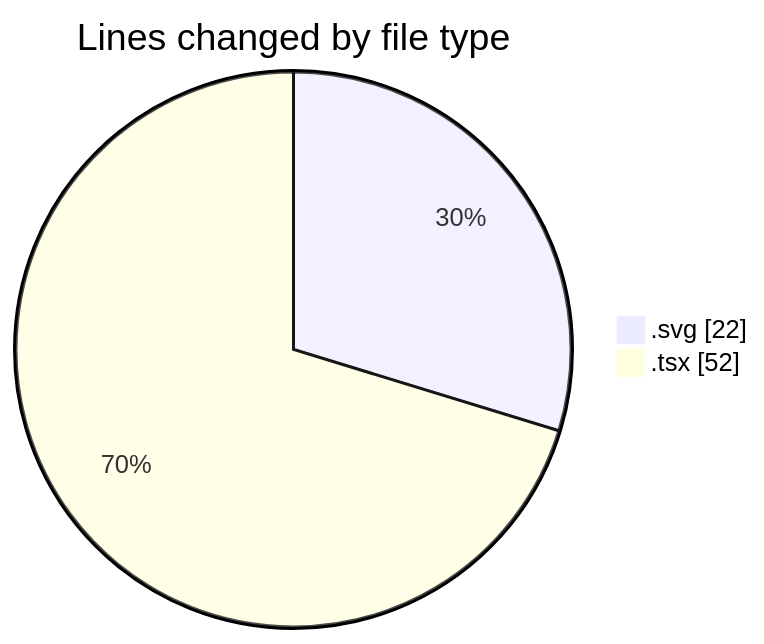
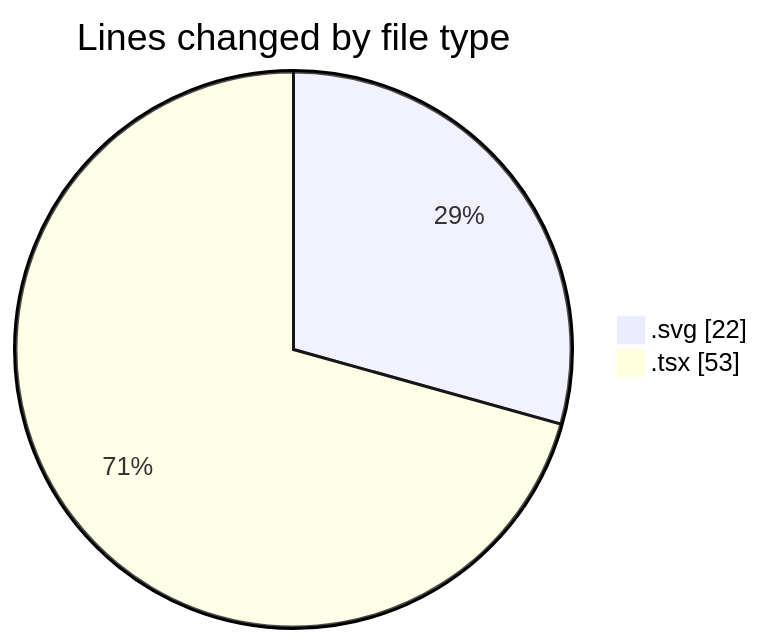
Before and after one commit to EIIisD/code-tracking: the first of 2 diagrams in 2025-07-18/ribbon/README.md, drawn with Mermaid. The commit also changed other lines of this file and 1 other file, not shown here.

````diff
--- a/2025-07-18/ribbon/README.md
+++ b/2025-07-18/ribbon/README.md
@@ -21,6 +21,6 @@
 ```mermaid
 pie showData
 title Lines changed by file type
 ".svg" : 22
-".tsx" : 52
+".tsx" : 53
 ```
````
